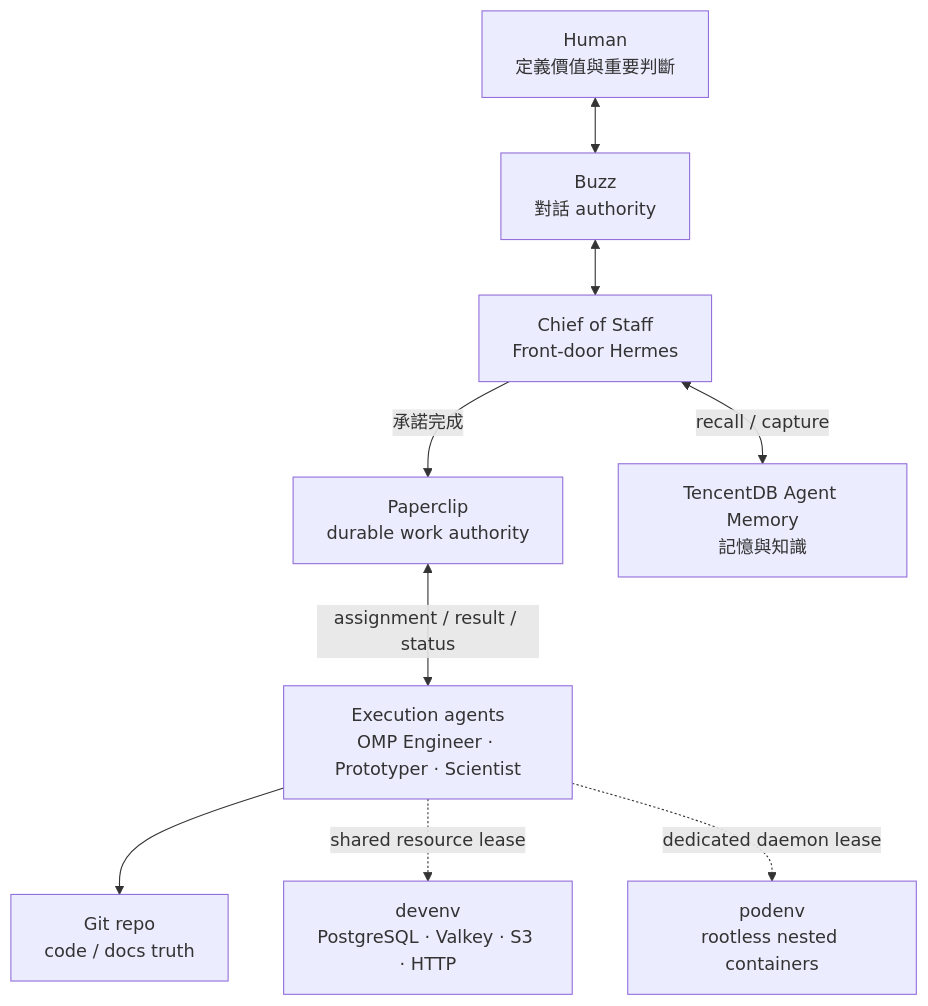
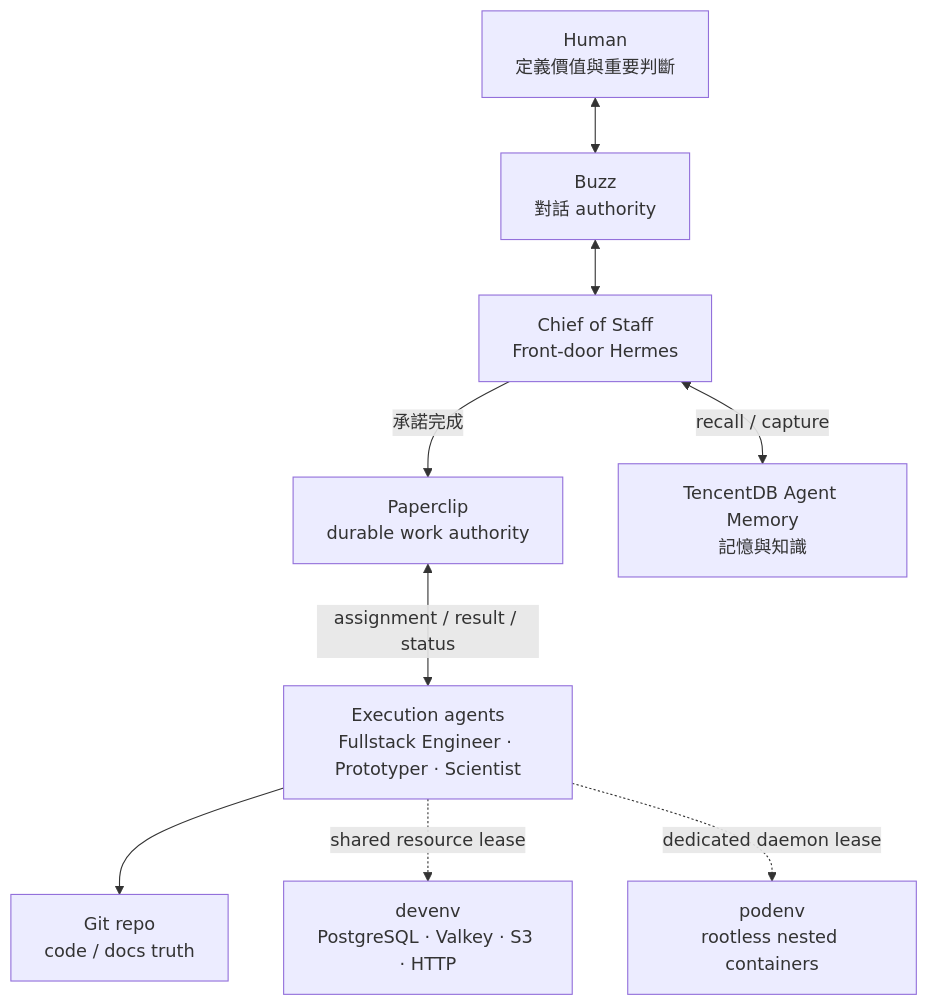
Before and after one commit to XuHaoJun/opc-stack: the diagram in README.md, drawn with Mermaid. The commit also changed other lines of this file and 16 other files, not shown here.

Commit message:
feat: refactor OMP executor as fullstack engineer

````diff
--- a/README.md
+++ b/README.md
@@ -29,13 +29,13 @@
 ```mermaid
 flowchart TD
     Human["Human<br/>定義價值與重要判斷"] <--> Buzz["Buzz<br/>對話 authority"]
     Buzz <--> Frontdoor["Chief of Staff<br/>Front-door Hermes"]
 
     Frontdoor -->|"承諾完成"| Paperclip["Paperclip<br/>durable work authority"]
     Frontdoor <-->|"recall / capture"| Memory["TencentDB Agent Memory<br/>記憶與知識"]
 
-    Paperclip <-->|"assignment / result / status"| Runtime["Execution agents<br/>OMP Engineer · Prototyper · Scientist"]
+    Paperclip <-->|"assignment / result / status"| Runtime["Execution agents<br/>Fullstack Engineer · Prototyper · Scientist"]
     Runtime --> Git["Git repo<br/>code / docs truth"]
     Runtime -.->|"shared resource lease"| Devenv["devenv<br/>PostgreSQL · Valkey · S3 · HTTP"]
     Runtime -.->|"dedicated daemon lease"| Podenv["podenv<br/>rootless nested containers"]
 ```
````
